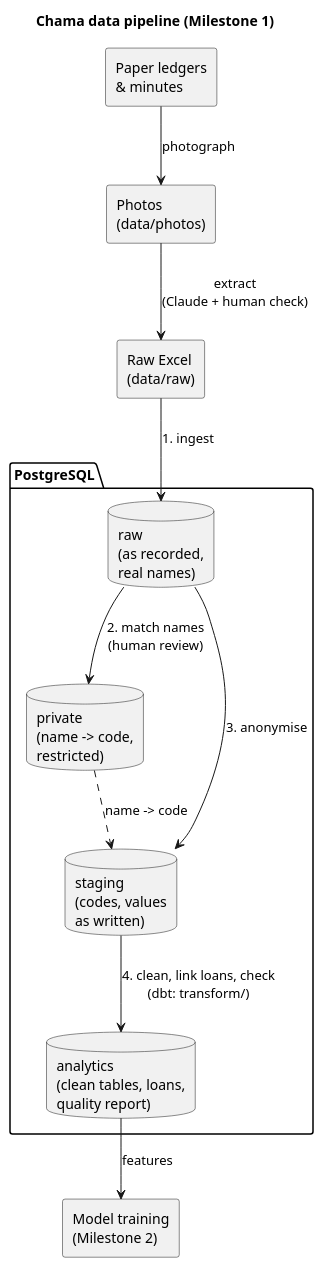
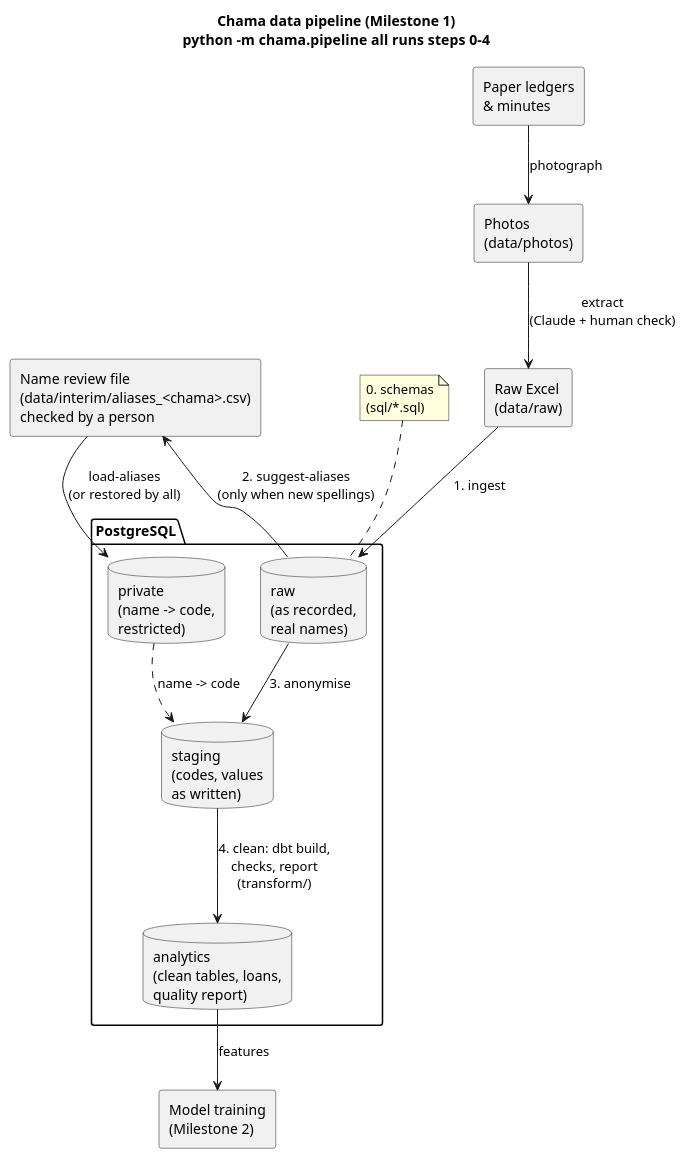
One commit to muriithi-alvin/chama-loan-default changed the diagram in docs/diagrams/data_pipeline.puml. Above: the diagram before and after it, drawn with PlantUML. The commit also changed 3 other files, not shown here.

```diff
--- a/docs/diagrams/data_pipeline.puml
+++ b/docs/diagrams/data_pipeline.puml
@@ -1,24 +1,28 @@
 @startuml data_pipeline
-title Chama data pipeline (Milestone 1)
+title Chama data pipeline (Milestone 1)\npython -m chama.pipeline all  runs steps 0-4
 skinparam componentStyle rectangle
 
 rectangle "Paper ledgers\n& minutes" as ledgers
 rectangle "Photos\n(data/photos)" as photos
 rectangle "Raw Excel\n(data/raw)" as excel
+rectangle "Name review file\n(data/interim/aliases_<chama>.csv)\nchecked by a person" as review
 
 package "PostgreSQL" {
   database "raw\n(as recorded,\nreal names)" as raw
   database "private\n(name -> code,\nrestricted)" as priv
   database "staging\n(codes, values\nas written)" as staging
   database "analytics\n(clean tables, loans,\nquality report)" as analytics
 }
 
+note top of raw : 0. schemas\n(sql/*.sql)
+
 ledgers --> photos : photograph
 photos --> excel : extract\n(Claude + human check)
 excel --> raw : 1. ingest
-raw --> priv : 2. match names\n(human review)
+raw --> review : 2. suggest-aliases\n(only when new spellings)
+review --> priv : load-aliases\n(or restored by all)
 raw --> staging : 3. anonymise
 priv ..> staging : name -> code
-staging --> analytics : 4. clean, link loans, check\n(dbt: transform/)
+staging --> analytics : 4. clean: dbt build,\nchecks, report\n(transform/)
 analytics --> [Model training\n(Milestone 2)] : features
 @enduml
```
